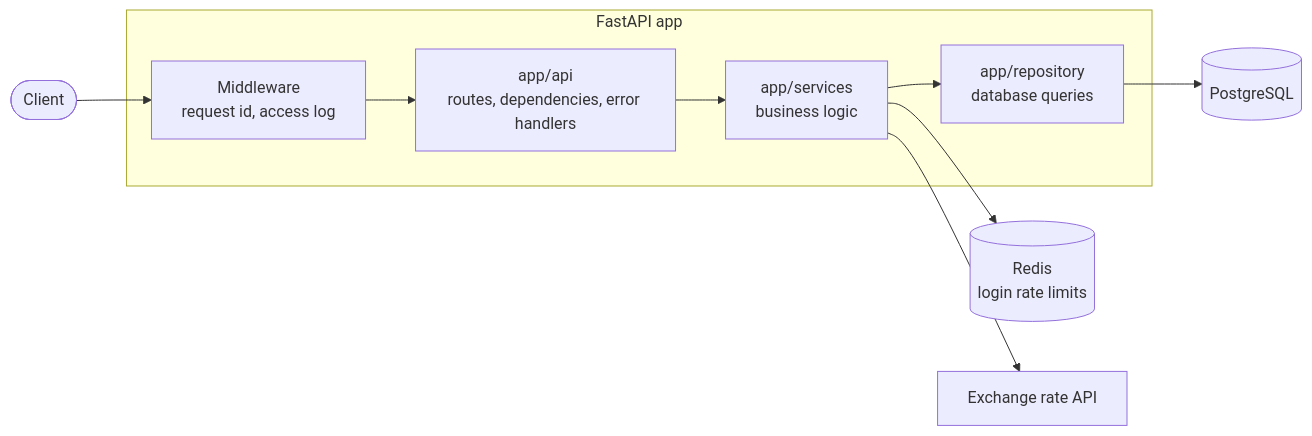
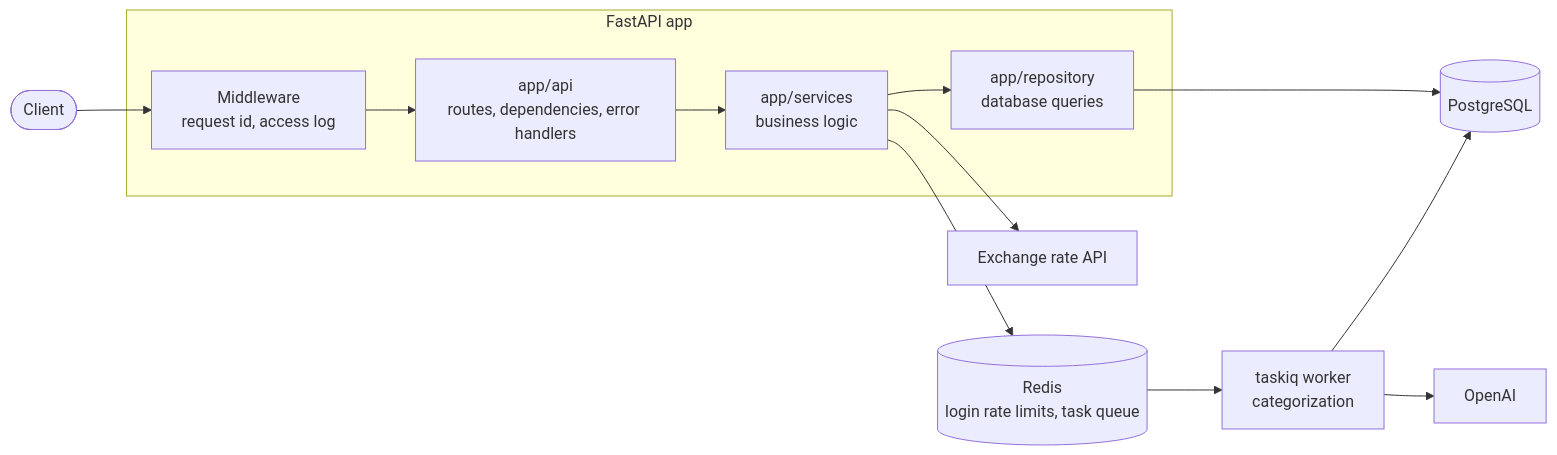
One commit to AntipinVlad/smart-wallet changed the diagram in README.md. Above: the diagram before and after it, drawn with Mermaid. The commit also changed other lines of this file and 21 other files, not shown here.

````diff
--- a/README.md
+++ b/README.md
@@ -43,19 +45,24 @@
 ```mermaid
 flowchart LR
     client(["Client"])
     subgraph app["FastAPI app"]
         mw["Middleware<br/>request id, access log"]
         api["app/api<br/>routes, dependencies, error handlers"]
         services["app/services<br/>business logic"]
         repo["app/repository<br/>database queries"]
         mw --> api --> services --> repo
     end
     pg[("PostgreSQL")]
-    redis[("Redis<br/>login rate limits")]
+    redis[("Redis<br/>login rate limits, task queue")]
     fx["Exchange rate API"]
+    worker["taskiq worker<br/>categorization"]
+    ai["OpenAI"]
 
     client --> mw
     repo --> pg
     services --> redis
     services --> fx
+    redis --> worker
+    worker --> ai
+    worker --> pg
 ```
````
